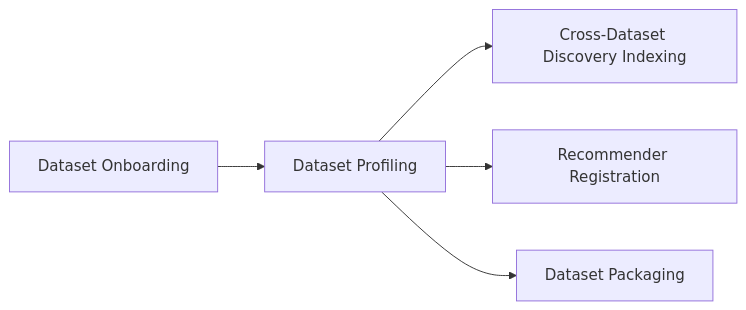
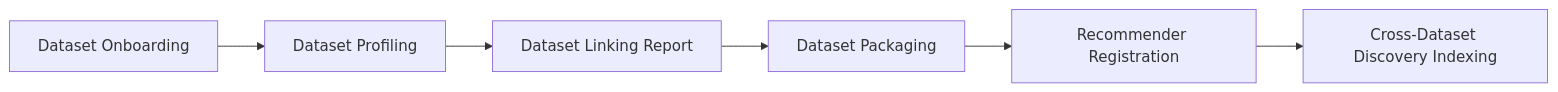
Before and after one commit to datagems-eosc/dg-data-workflow: the diagram in docs/docs/workflow-overview.md, drawn with Mermaid. The commit also changed other lines of this file and 7 other files, not shown here.

````diff
--- a/docs/docs/workflow-overview.md
+++ b/docs/docs/workflow-overview.md
@@ -20,7 +20,8 @@
 ```mermaid
 flowchart LR
     A[Dataset Onboarding] --> B[Dataset Profiling]
-    B --> C[Cross-Dataset Discovery Indexing]
-    B --> D[Recommender Registration]
-    B --> E[Dataset Packaging]
+    B --> C[Dataset Linking Report]
+    C --> D[Dataset Packaging]
+    D --> E[Recommender Registration]
+    E --> F[Cross-Dataset Discovery Indexing]
 ```
````
